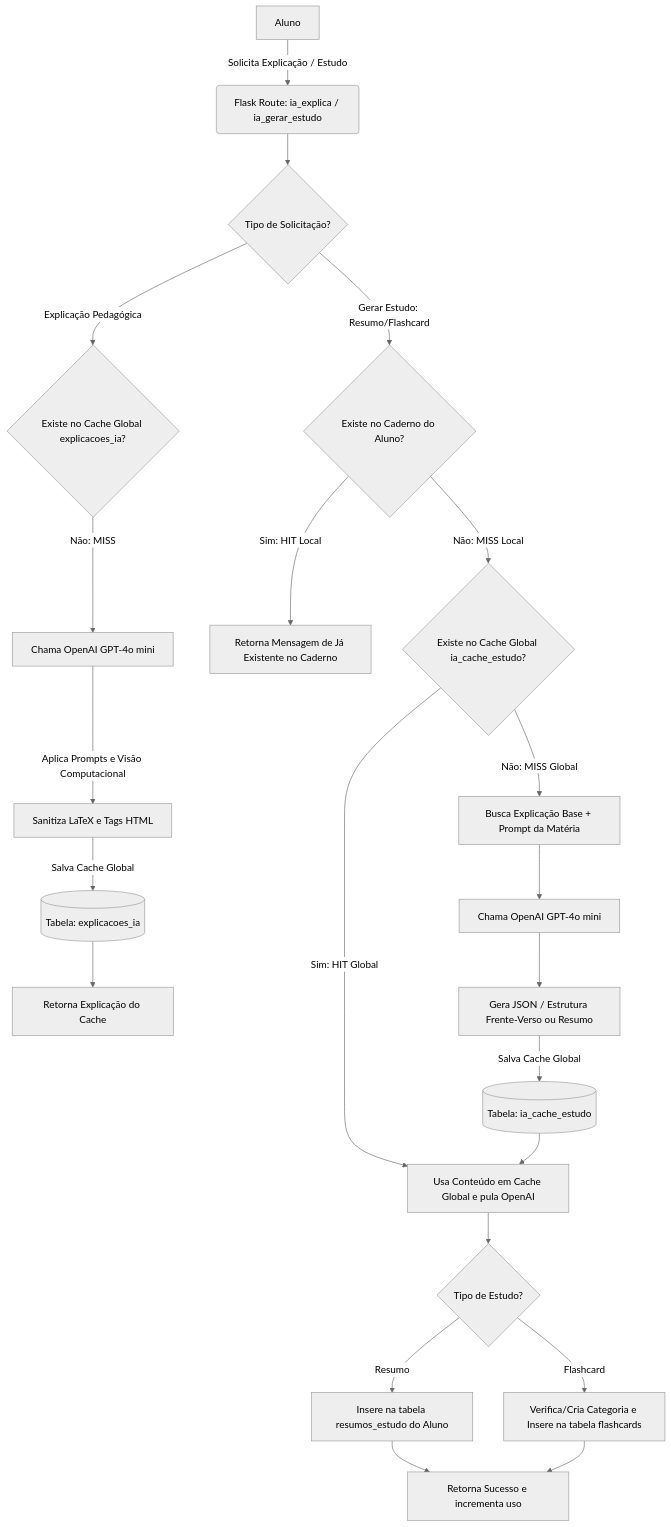
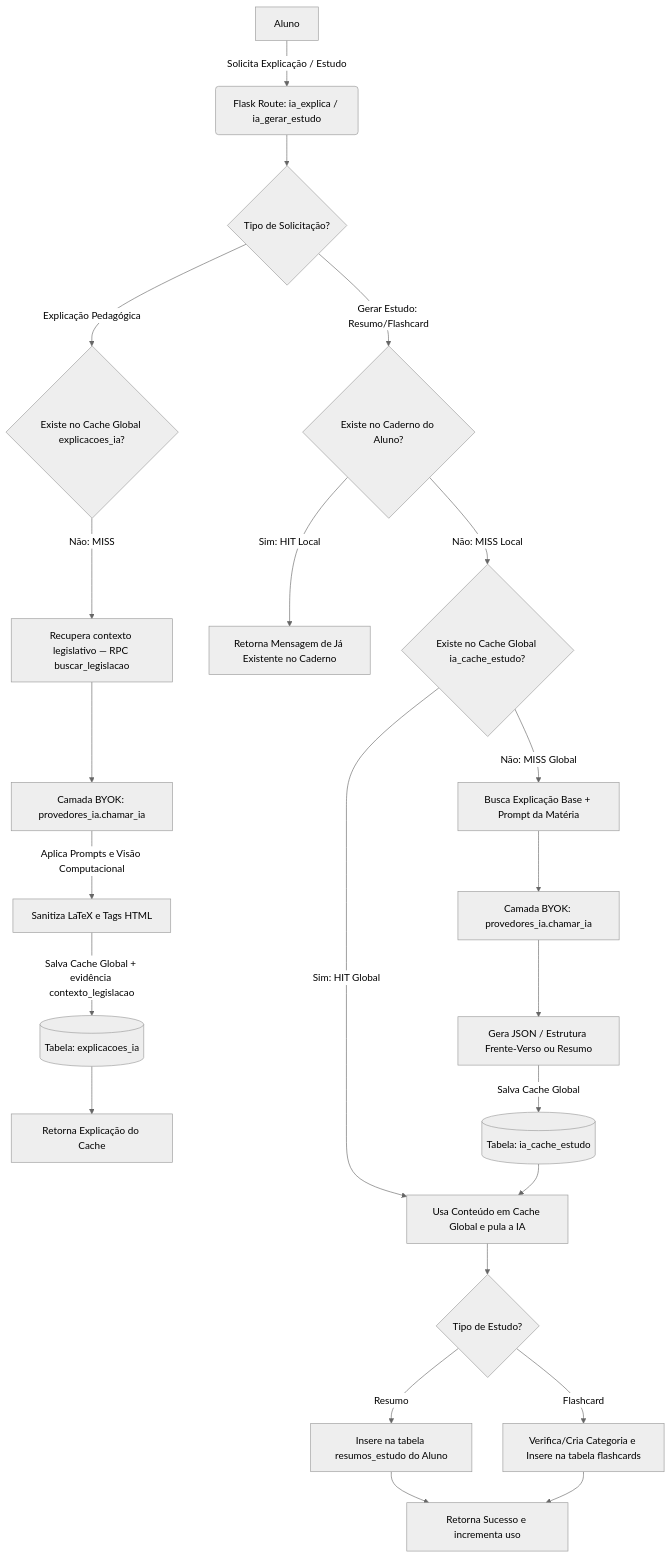
The second of 2 diagrams in docs/rotas/questao.py.md (thierry-moreira/gabaritei-questoes), drawn with Mermaid (neutral theme) before and after one commit. The commit also changed other lines of this file and 3 other files, not shown here.

````diff
--- a/docs/rotas/questao.py.md
+++ b/docs/rotas/questao.py.md
@@ -66,31 +66,32 @@
 ```mermaid
 graph TD
     A[Aluno] -->|Solicita Explicação / Estudo| B(Flask Route: ia_explica / ia_gerar_estudo)
     B --> E{Tipo de Solicitação?}
     
     %% ia_explica
     E -->|Explicação Pedagógica| F{Existe no Cache Global explicacoes_ia?}
     G[Retorna Explicação do Cache]
-    F -->|Não: MISS| H[Chama OpenAI GPT-4o mini]
+    F -->|Não: MISS| H0[Recupera contexto legislativo — RPC buscar_legislacao]
+    H0 --> H[Camada BYOK: provedores_ia.chamar_ia]
     H -->|Aplica Prompts e Visão Computacional| I[Sanitiza LaTeX e Tags HTML <b>]
-    I -->|Salva Cache Global| J[(Tabela: explicacoes_ia)]
+    I -->|Salva Cache Global + evidência contexto_legislacao| J[(Tabela: explicacoes_ia)]
     J --> G
     
     %% ia_gerar_estudo
     E -->|Gerar Estudo: Resumo/Flashcard| K{Existe no Caderno do Aluno?}
     K -->|Sim: HIT Local| L[Retorna Mensagem de Já Existente no Caderno]
     K -->|Não: MISS Local| M{Existe no Cache Global ia_cache_estudo?}
     
-    M -->|Sim: HIT Global| N[Usa Conteúdo em Cache Global e pula OpenAI]
+    M -->|Sim: HIT Global| N[Usa Conteúdo em Cache Global e pula a IA]
     M -->|Não: MISS Global| O[Busca Explicação Base + Prompt da Matéria]
-    O --> P[Chama OpenAI GPT-4o mini]
+    O --> P[Camada BYOK: provedores_ia.chamar_ia]
     P --> Q[Gera JSON / Estrutura Frente-Verso ou Resumo]
     Q -->|Salva Cache Global| R[(Tabela: ia_cache_estudo)]
     R --> N
     
     N --> S{Tipo de Estudo?}
     S -->|Resumo| T[Insere na tabela resumos_estudo do Aluno]
     S -->|Flashcard| U[Verifica/Cria Categoria e Insere na tabela flashcards]
     T --> V[Retorna Sucesso e incrementa uso]
     U --> V
 ```
````
